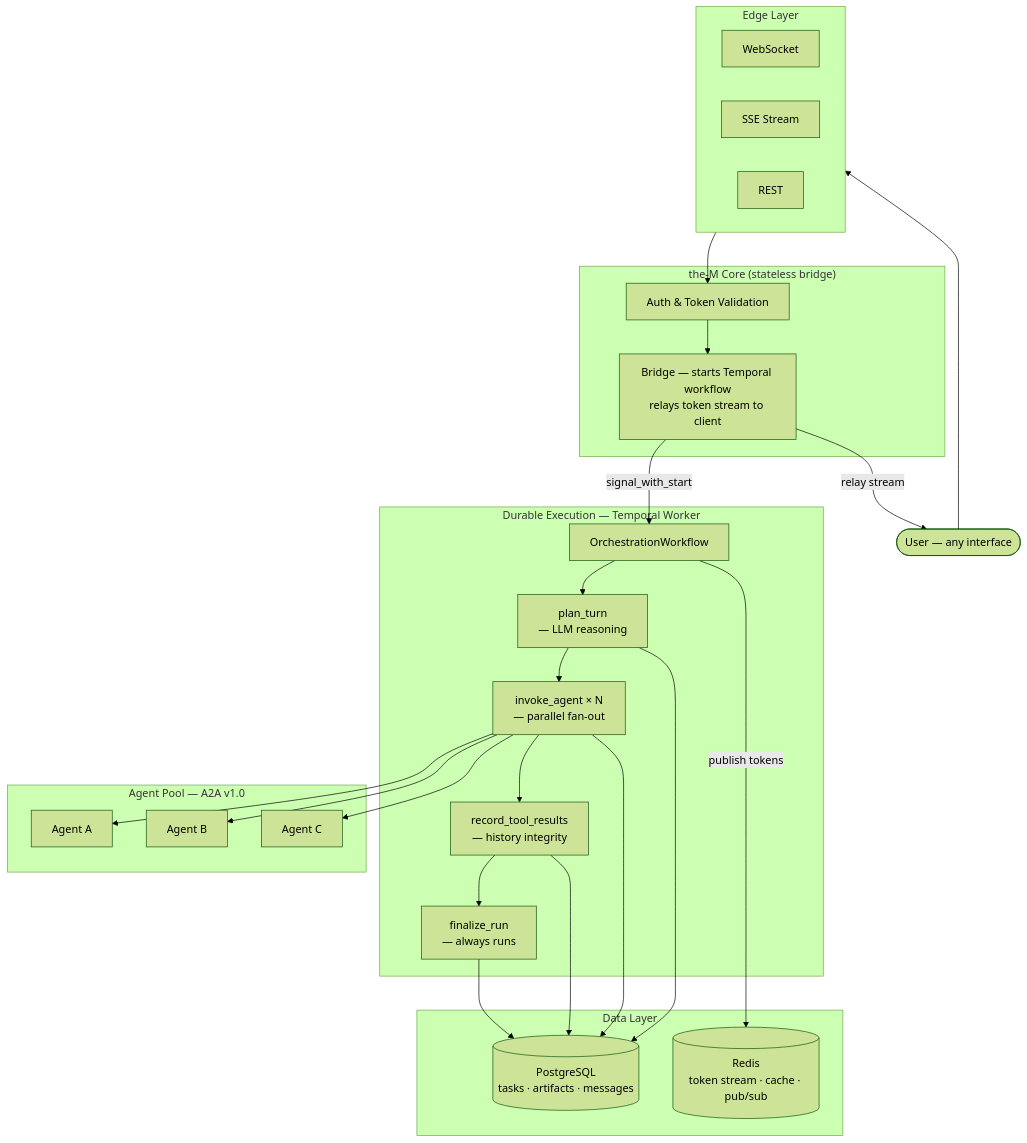
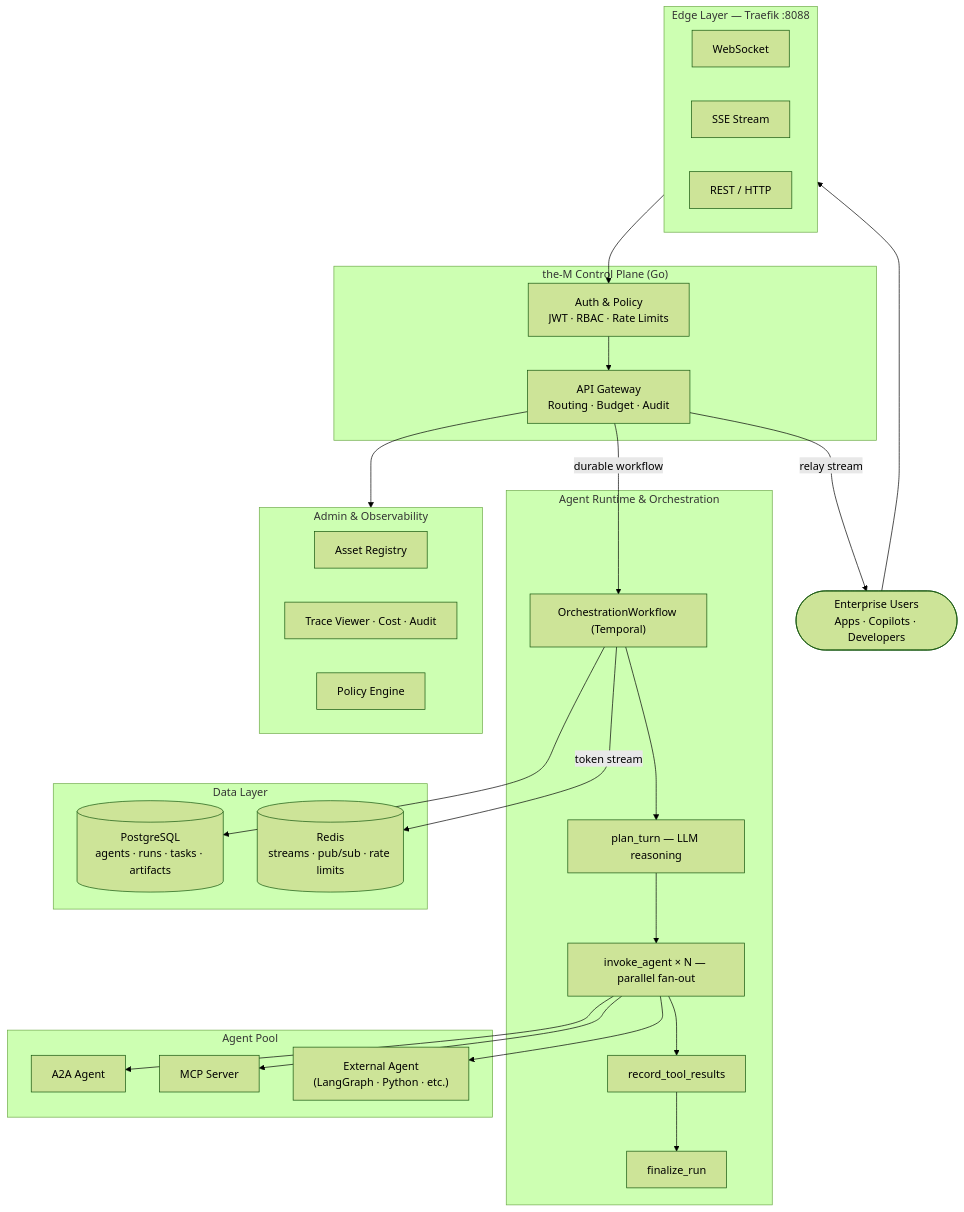
Before and after one commit to aviciot/theM: the first of 2 diagrams in README.md, drawn with Mermaid (forest theme). The commit also changed other lines of this file, not shown here.

First line of the commit message:
docs(readme): reposition as Enterprise AI Control Plane with customer archetypes

````diff
--- a/README.md
+++ b/README.md
@@ -51,43 +269,50 @@
 ```mermaid
 flowchart TD
-    U(["User — any interface"])
+    U(["Enterprise Users\nApps · Copilots · Developers"])
 
-    subgraph Edge["Edge Layer"]
+    subgraph Edge["Edge Layer — Traefik :8088"]
         WS["WebSocket"]
         SSE["SSE Stream"]
-        REST["REST"]
+        REST["REST / HTTP"]
     end
 
-    subgraph Core["the-M Core (stateless bridge)"]
-        Auth["Auth & Token Validation"]
-        Bridge["Bridge — starts Temporal workflow\nrelays token stream to client"]
+    subgraph Core["the-M Control Plane (Go)"]
+        Auth["Auth & Policy\nJWT · RBAC · Rate Limits"]
+        Bridge["API Gateway\nRouting · Budget · Audit"]
     end
 
-    subgraph Temporal["Durable Execution — Temporal Worker"]
-        W["OrchestrationWorkflow"]
-        A1["plan_turn\n— LLM reasoning"]
-        A2["invoke_agent × N\n— parallel fan-out"]
-        A3["record_tool_results\n— history integrity"]
-        A4["finalize_run\n— always runs"]
+    subgraph Runtime["Agent Runtime & Orchestration"]
+        W["OrchestrationWorkflow (Temporal)"]
+        A1["plan_turn — LLM reasoning"]
+        A2["invoke_agent × N — parallel fan-out"]
+        A3["record_tool_results"]
+        A4["finalize_run"]
     end
 
-    subgraph Agents["Agent Pool — A2A v1.0"]
-        AG1["Agent A"]
-        AG2["Agent B"]
-        AG3["Agent C"]
+    subgraph Pool["Agent Pool"]
+        AG1["A2A Agent"]
+        AG2["MCP Server"]
+        AG3["External Agent\n(LangGraph · Python · etc.)"]
     end
 
     subgraph Data["Data Layer"]
-        PG[("PostgreSQL\ntasks · artifacts · messages")]
-        RD[("Redis\ntoken stream · cache · pub/sub")]
+        PG[("PostgreSQL\nagents · runs · tasks · artifacts")]
+        RD[("Redis\nstreams · pub/sub · rate limits")]
+    end
+
+    subgraph Admin["Admin & Observability"]
+        REG["Asset Registry"]
+        OBS["Trace Viewer · Cost · Audit"]
+        GOV["Policy Engine"]
     end
 
     U --> Edge --> Auth --> Bridge
-    Bridge -- "signal_with_start" --> W
+    Bridge -- "durable workflow" --> W
     W --> A1 --> A2
     A2 --> AG1 & AG2 & AG3
     A2 --> A3 --> A4
-    W -- "publish tokens" --> RD
+    W -- "token stream" --> RD
     Bridge -- "relay stream" --> U
-    A1 & A2 & A3 & A4 --> PG
+    W --> PG
+    Bridge --> Admin
 ```
````
